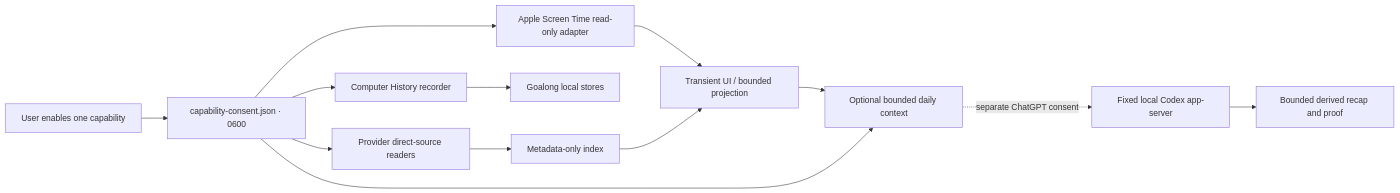
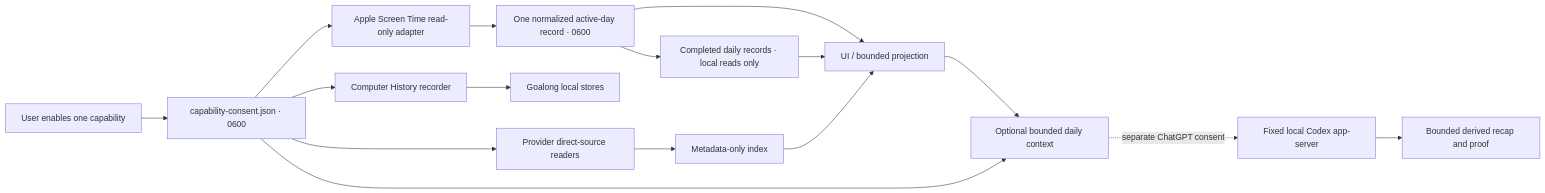
The diagram in docs/DATA-FLOW.md (blancmathis/goalong-history), drawn with Mermaid before and after one commit. The commit also changed other lines of this file and 20 other files, not shown here.

````diff
--- a/docs/DATA-FLOW.md
+++ b/docs/DATA-FLOW.md
@@ -8,15 +8,18 @@
 ```mermaid
 flowchart LR
   user["User enables one capability"] --> consent["capability-consent.json · 0600"]
   consent --> capture["Computer History recorder"]
   consent --> screen["Apple Screen Time read-only adapter"]
   consent --> agents["Provider direct-source readers"]
   capture --> local["Goalong local stores"]
-  screen --> view["Transient UI / bounded projection"]
+  screen --> active["One normalized active-day record · 0600"]
+  active --> closed["Completed daily records · local reads only"]
+  active --> view["UI / bounded projection"]
+  closed --> view
   agents --> index["Metadata-only index"]
   index --> view
   view --> optional["Optional bounded daily context"]
   consent --> optional
   optional -. "separate ChatGPT consent" .-> codex["Fixed local Codex app-server"]
   codex --> recap["Bounded derived recap and proof"]
 ```
````
